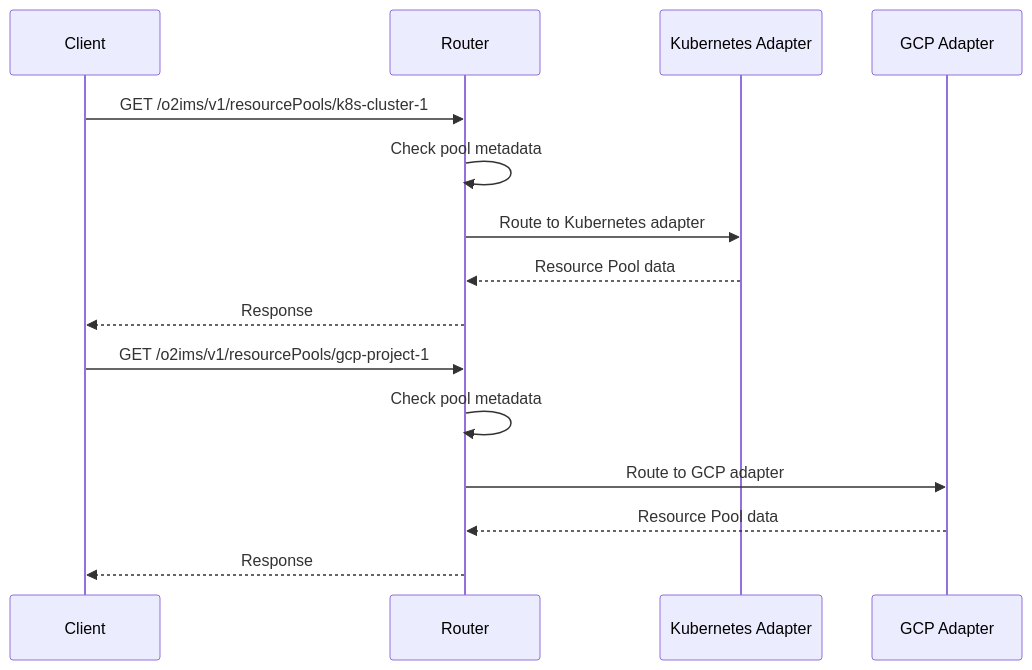
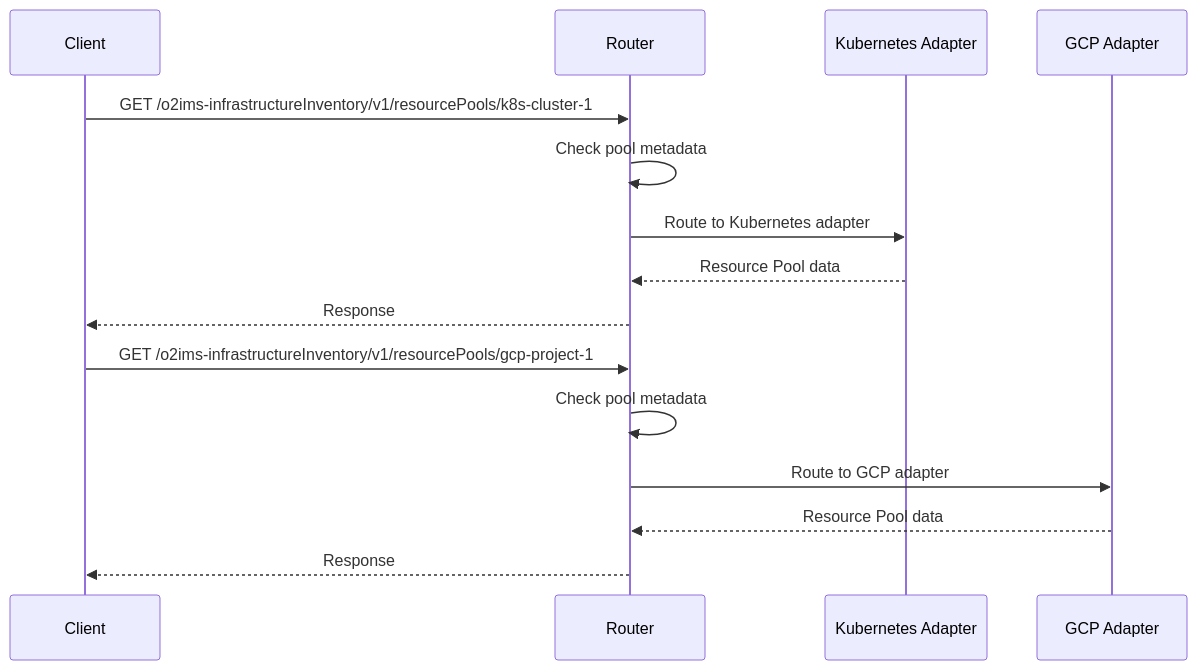
The second of 2 diagrams in docs/configuration/adapters.md (piwi3910/netweave), drawn with Mermaid before and after one commit. The commit also changed 33 other files, not shown here.

````diff
--- a/docs/configuration/adapters.md
+++ b/docs/configuration/adapters.md
@@ -360,19 +360,19 @@
 ```mermaid
 sequenceDiagram
     participant Client
     participant Router
     participant K8s as Kubernetes Adapter
     participant GCP as GCP Adapter
 
-    Client->>Router: GET /o2ims/v1/resourcePools/k8s-cluster-1
+    Client->>Router: GET /o2ims-infrastructureInventory/v1/resourcePools/k8s-cluster-1
     Router->>Router: Check pool metadata
     Router->>K8s: Route to Kubernetes adapter
     K8s-->>Router: Resource Pool data
     Router-->>Client: Response
 
-    Client->>Router: GET /o2ims/v1/resourcePools/gcp-project-1
+    Client->>Router: GET /o2ims-infrastructureInventory/v1/resourcePools/gcp-project-1
     Router->>Router: Check pool metadata
     Router->>GCP: Route to GCP adapter
     GCP-->>Router: Resource Pool data
     Router-->>Client: Response
 ```
````
